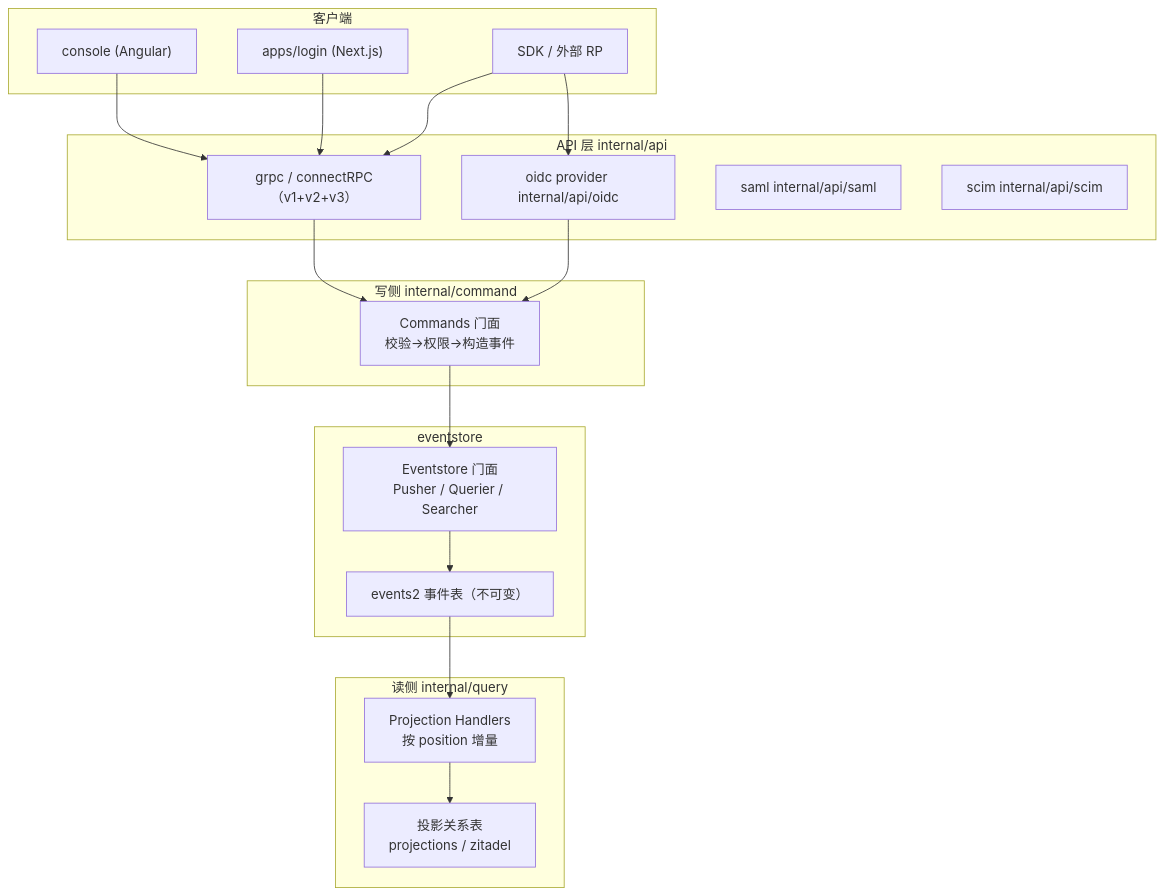
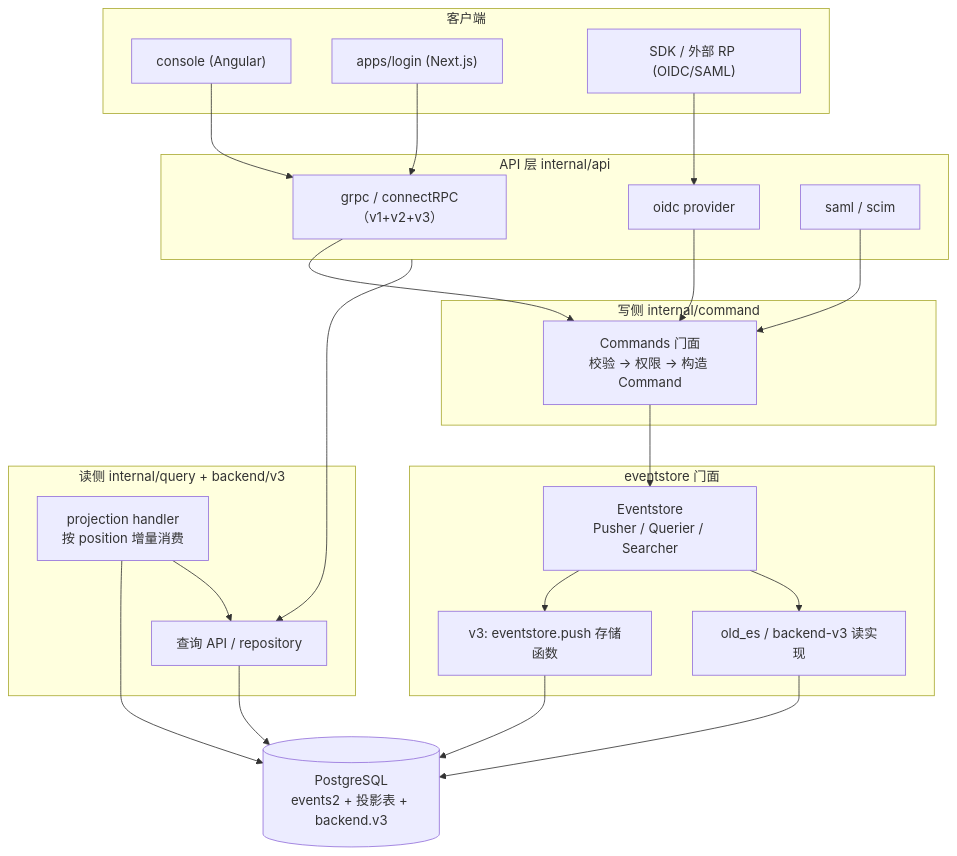
One commit to morehao/oss-insights changed the first of 2 diagrams in auth/zitadel/README.md. Above: the diagram before and after it, drawn with Mermaid. The commit also changed other lines of this file and 8 other files, not shown here.

````diff
--- a/auth/zitadel/README.md
+++ b/auth/zitadel/README.md
@@ -59,40 +59,47 @@
 ```mermaid
 graph TB
     subgraph Clients["客户端"]
         C1["console (Angular)"]
         C2["apps/login (Next.js)"]
-        C3["SDK / 外部 RP"]
+        C3["SDK / 外部 RP (OIDC/SAML)"]
     end
 
     subgraph API["API 层 internal/api"]
         A1["grpc / connectRPC（v1+v2+v3）"]
-        A2["oidc provider internal/api/oidc"]
-        A3["saml internal/api/saml"]
-        A4["scim internal/api/scim"]
+        A2["oidc provider"]
+        A3["saml / scim"]
     end
 
     subgraph Cmd["写侧 internal/command"]
-        B1["Commands 门面<br>校验→权限→构造事件"]
+        B1["Commands 门面<br>校验 → 权限 → 构造 Command"]
     end
 
-    subgraph ES["eventstore"]
-        E1["Eventstore 门面<br>Pusher / Querier / Searcher"]
-        E2["events2 事件表（不可变）"]
+    subgraph ES["eventstore 门面"]
+        E1["Eventstore<br>Pusher / Querier / Searcher"]
+        E2["v3: eventstore.push 存储函数"]
+        E3["old_es / backend-v3 读实现"]
     end
 
-    subgraph Read["读侧 internal/query"]
-        Q1["Projection Handlers<br>按 position 增量"]
-        Q2["投影关系表<br>projections / zitadel"]
+    subgraph Read["读侧 internal/query + backend/v3"]
+        P1["projection handler<br>按 position 增量消费"]
+        P2["查询 API / repository"]
     end
+
+    DB[("PostgreSQL<br>events2 + 投影表 + backend.v3")]
 
     C1 --> A1
     C2 --> A1
-    C3 --> A1
     C3 --> A2
     A1 --> B1
     A2 --> B1
+    A3 --> B1
     B1 --> E1
     E1 --> E2
-    E2 --> Q1
-    Q1 --> Q2
+    E2 --> DB
+    P1 --> DB
+    P1 --> P2
+    API --> P2
+    E1 --> E3
+    E3 --> DB
+    P2 --> DB
 ```
````
